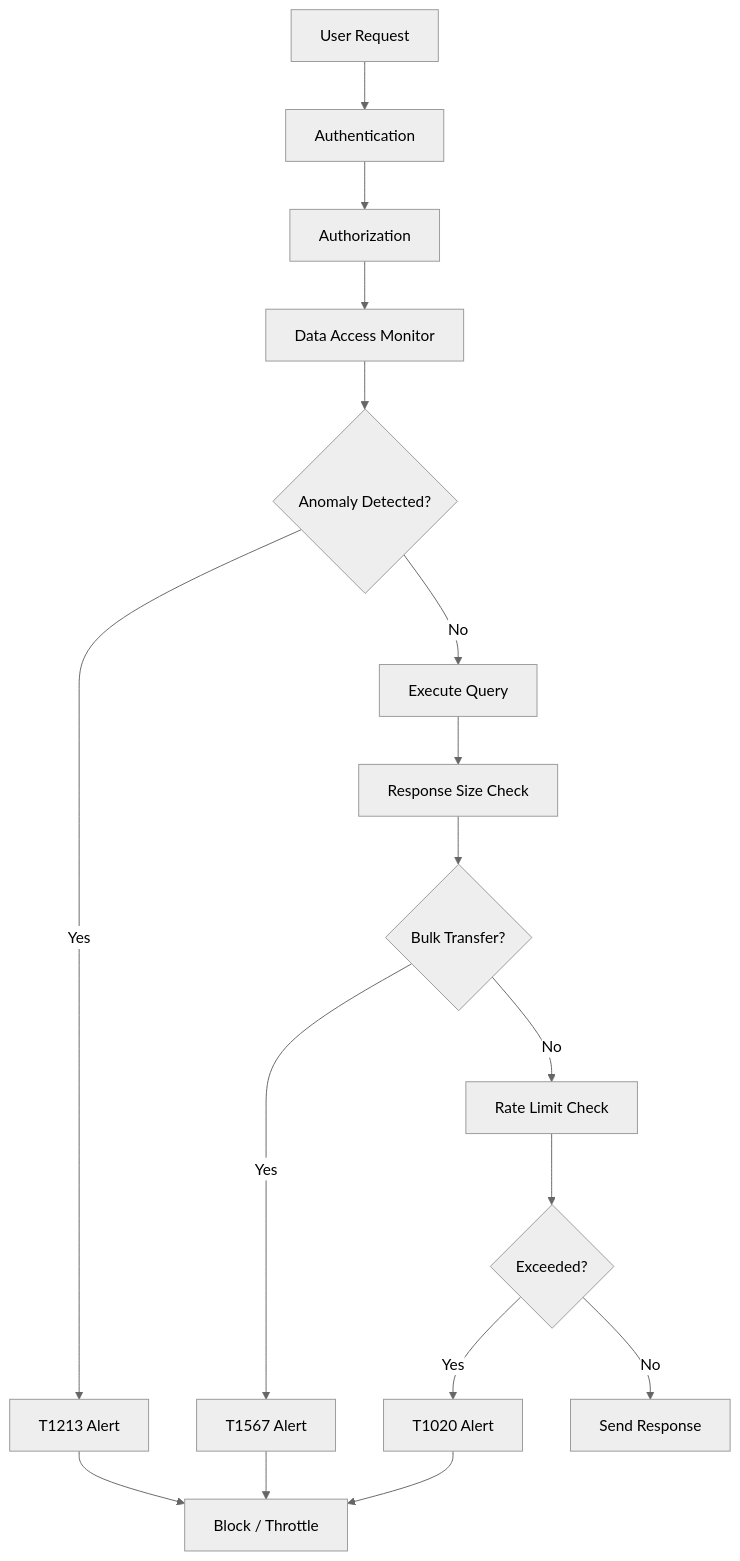
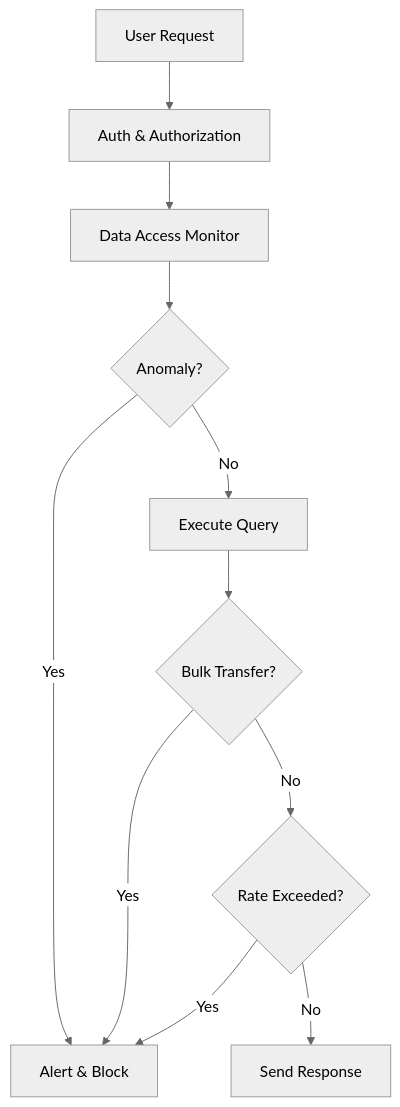
Before and after one commit to codebytes/mitre-attack-for-devs: the fourth of 7 diagrams in slides/Slides.md, drawn with Mermaid (neutral theme). The commit also changed other lines of this file, not shown here.

Commit message:
Fix overflowing slides: split code blocks, simplify diagrams, trim content

```diff
--- a/slides/Slides.md
+++ b/slides/Slides.md
@@ -927,19 +925,13 @@
 <div class="mermaid">
 graph TD
-    A[User Request] --> B[Authentication]
-    B --> C[Authorization]
-    C --> D[Data Access Monitor]
-    D --> E{Anomaly Detected?}
-    E -->|Yes| F[T1213 Alert]
-    E -->|No| G[Execute Query]
-    G --> H[Response Size Check]
-    H --> I{Bulk Transfer?}
-    I -->|Yes| J[T1567 Alert]
-    I -->|No| K[Rate Limit Check]
-    K --> L{Exceeded?}
-    L -->|Yes| M[T1020 Alert]
-    L -->|No| N[Send Response]
-    F --> O[Block / Throttle]
-    J --> O
-    M --> O
+    A[User Request] --> B[Auth & Authorization]
+    B --> C[Data Access Monitor]
+    C --> D{Anomaly?}
+    D -->|Yes| E[Alert & Block]
+    D -->|No| F[Execute Query]
+    F --> G{Bulk Transfer?}
+    G -->|Yes| E
+    G -->|No| H{Rate Exceeded?}
+    H -->|Yes| E
+    H -->|No| I[Send Response]
 </div>
```
